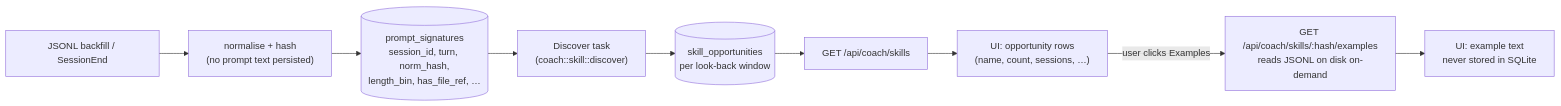
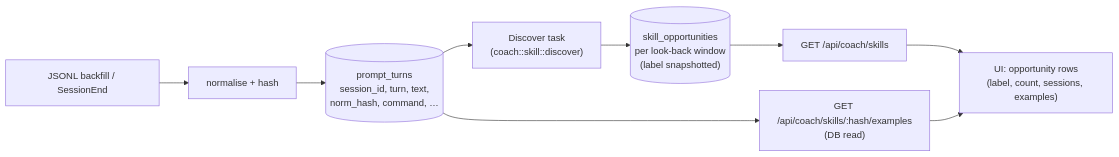
Before and after one commit to satish-krishna/andon: the second of 2 diagrams in docs/superpowers/specs/2026-05-24-ai-engineering-coach-integration-design.md, drawn with Mermaid. The commit also changed other lines of this file, not shown here.

First line of the commit message:
docs(coach): amend privacy contract to persist prompts locally

````diff
--- a/docs/superpowers/specs/2026-05-24-ai-engineering-coach-integration-design.md
+++ b/docs/superpowers/specs/2026-05-24-ai-engineering-coach-integration-design.md
@@ -421,11 +465,11 @@
 ```mermaid
 flowchart LR
-    A["JSONL backfill / SessionEnd"] --> B["normalise + hash<br/>(no prompt text persisted)"]
-    B --> C[("prompt_signatures<br/>session_id, turn, norm_hash,<br/>length_bin, has_file_ref, …")]
+    A["JSONL backfill / SessionEnd"] --> B["normalise + hash"]
+    B --> C[("prompt_turns<br/>session_id, turn, text,<br/>norm_hash, command, …")]
     C --> D["Discover task<br/>(coach::skill::discover)"]
-    D --> E[("skill_opportunities<br/>per look-back window")]
+    D --> E[("skill_opportunities<br/>per look-back window<br/>(label snapshotted)")]
     E --> F["GET /api/coach/skills"]
-    F --> G["UI: opportunity rows<br/>(name, count, sessions, …)"]
-    G -->|user clicks Examples| H["GET /api/coach/skills/:hash/examples<br/>reads JSONL on disk on-demand"]
-    H --> I["UI: example text<br/>never stored in SQLite"]
+    F --> G["UI: opportunity rows<br/>(label, count, sessions, examples)"]
+    C --> H["GET /api/coach/skills/:hash/examples<br/>(DB read)"]
+    H --> G
 ```
````
